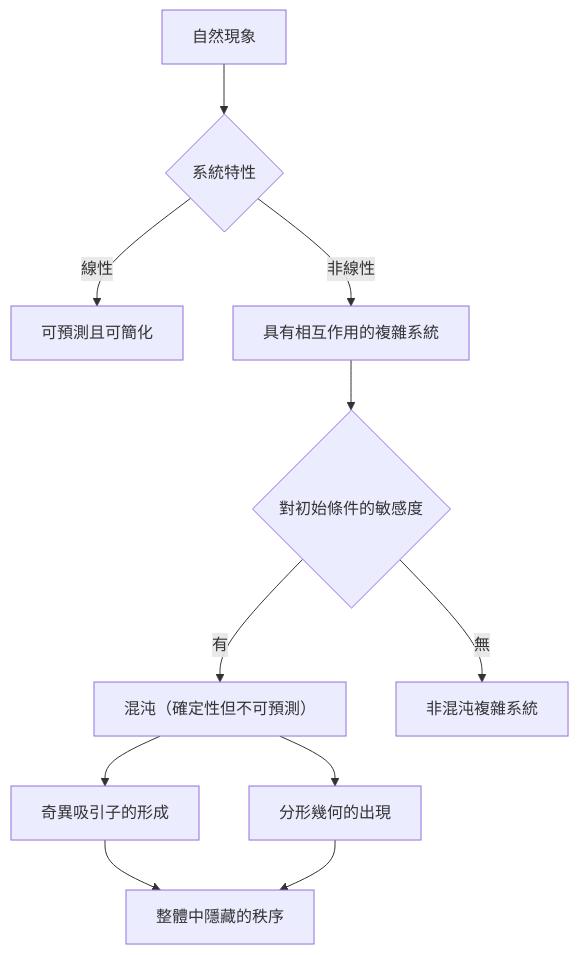
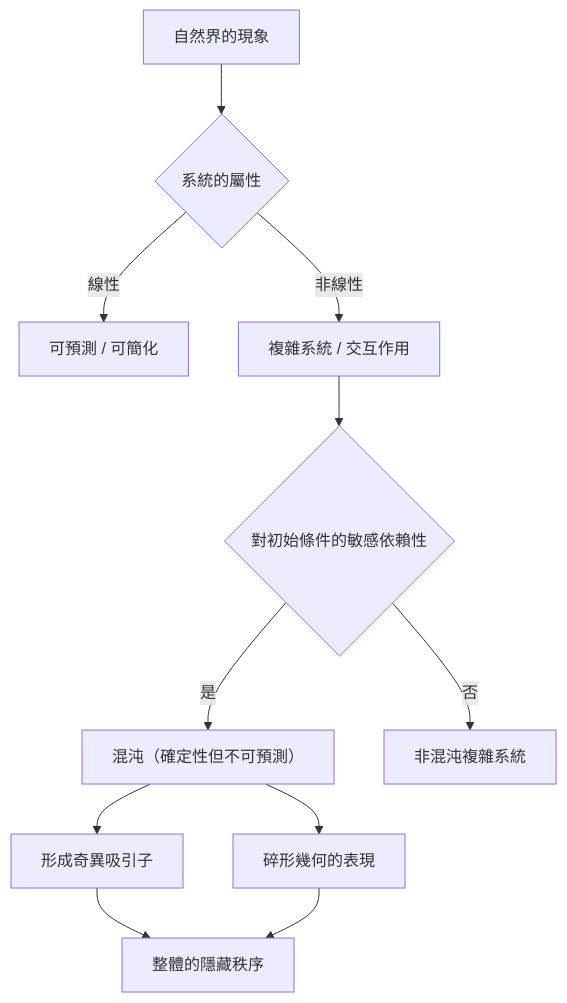
Before and after one commit to kenjinote/blog: the second of 2 diagrams in content/post/chaos-theory/index.zh-tw.md, drawn with Mermaid. The commit also changed other lines of this file and 97 other files, not shown here.

````diff
--- a/content/post/chaos-theory/index.zh-tw.md
+++ b/content/post/chaos-theory/index.zh-tw.md
@@ -201,13 +201,13 @@
 ```mermaid
 graph TD
-    A["自然現象"] --> B{"系統特性"}
-    B -->|"線性"| C["可預測且可簡化"]
-    B -->|"非線性"| D["具有相互作用的複雜系統"]
-    D --> E{"對初始條件的敏感度"}
-    E -->|"有"| F["混沌（確定性但不可預測）"]
-    E -->|"無"| G["非混沌複雜系統"]
-    F --> H["奇異吸引子的形成"]
-    F --> I["分形幾何的出現"]
-    H --> J["整體中隱藏的秩序"]
+    A["自然界的現象"] --> B{"系統的屬性"}
+    B -->|"線性"| C["可預測 / 可簡化"]
+    B -->|"非線性"| D["複雜系統 / 交互作用"]
+    D --> E{"對初始條件的敏感依賴性"}
+    E -->|"是"| F["混沌（確定性但不可預測）"]
+    E -->|"否"| G["非混沌複雜系統"]
+    F --> H["形成奇異吸引子"]
+    F --> I["碎形幾何的表現"]
+    H --> J["整體的隱藏秩序"]
     I --> J
 ```
````
